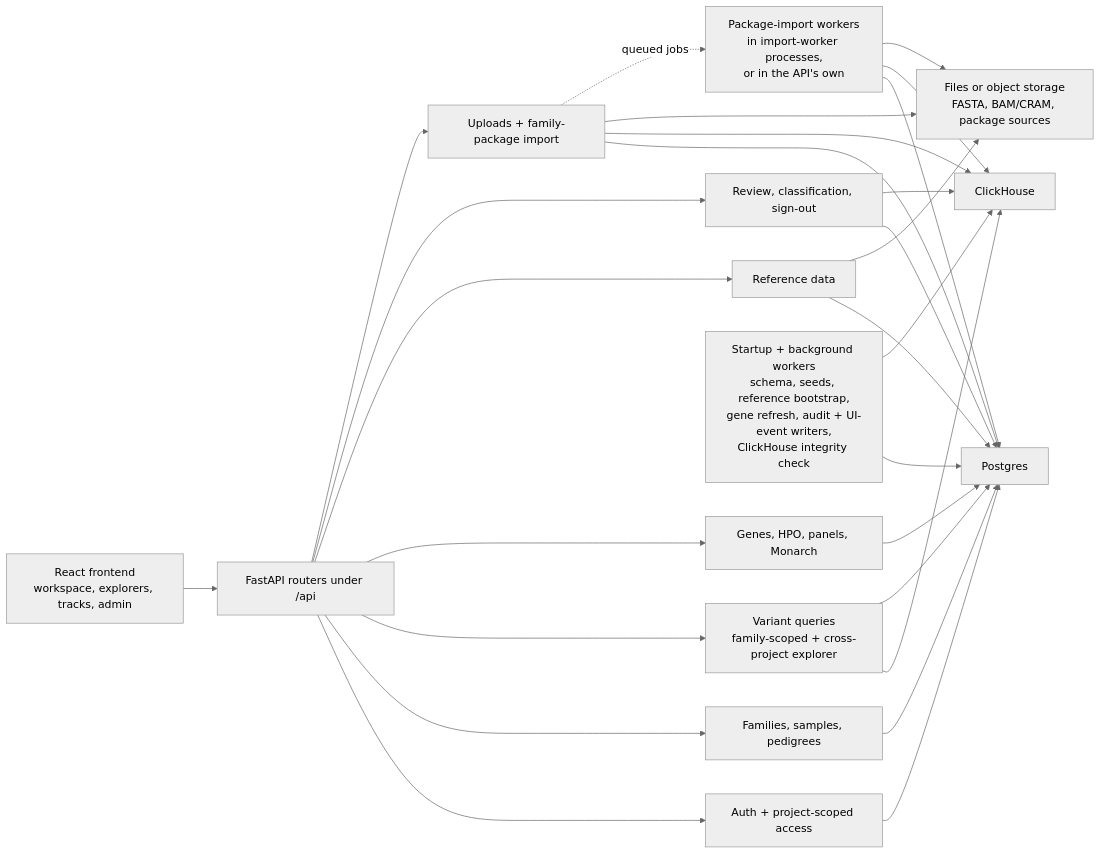
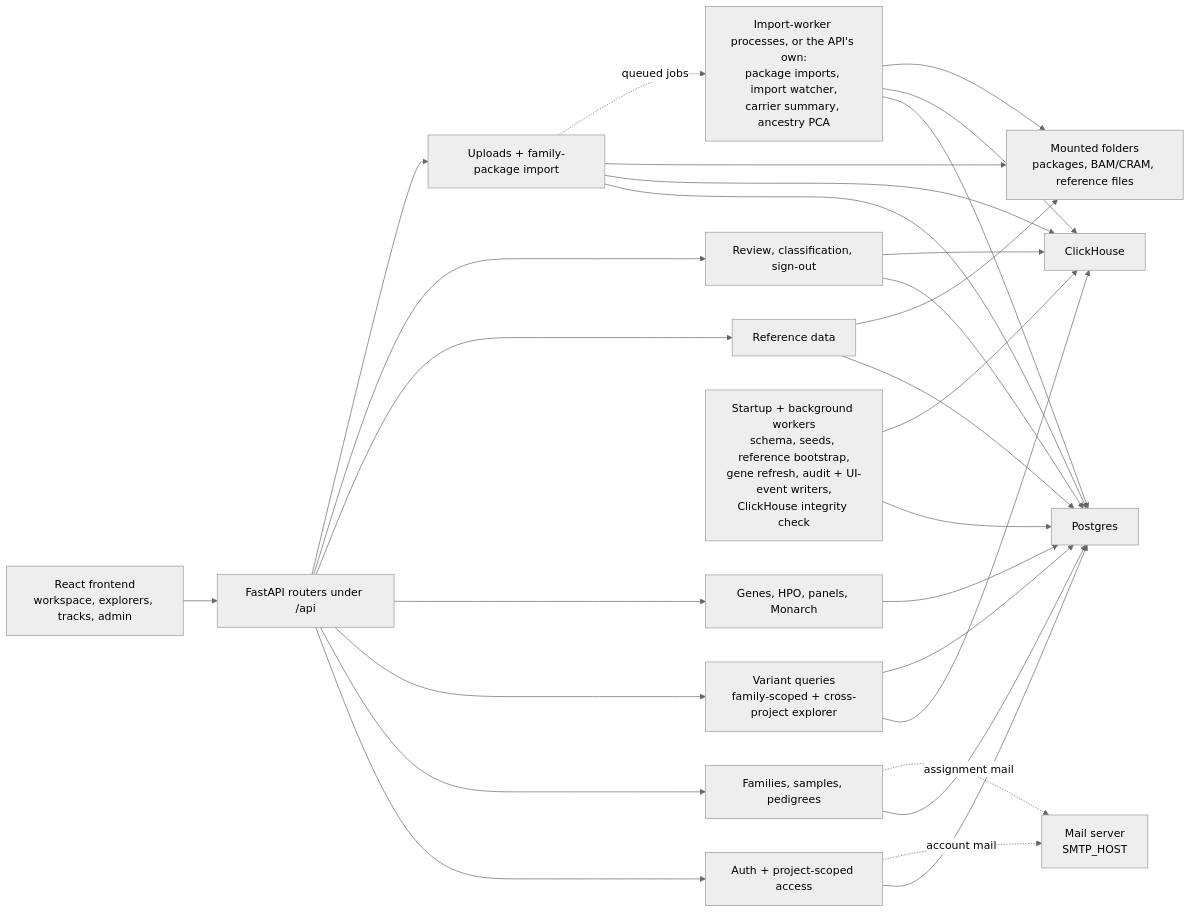
The diagram in docs/application-scheme.md (bmenten/CoGA), drawn with Mermaid (neutral theme) before and after one commit. The commit also changed other lines of this file and 97 other files, not shown here.

First line of the commit message:
docs: bring the docs, the technical file and the handleiding in line with main; refresh open issues and the roadmap (#1310)

````diff
--- a/docs/application-scheme.md
+++ b/docs/application-scheme.md
@@ -7,34 +7,36 @@
 ```mermaid
 flowchart LR
     UI["React frontend<br/>workspace, explorers, tracks, admin"] --> API["FastAPI routers under /api"]
 
     API --> AUTH["Auth + project-scoped access"]
     API --> META["Families, samples, pedigrees"]
     API --> VAR["Variant queries<br/>family-scoped + cross-project explorer"]
     API --> GENE["Genes, HPO, panels, Monarch"]
     API --> REF["Reference data"]
     API --> REVIEW["Review, classification, sign-out"]
     API --> IMPORT["Uploads + family-package import"]
 
     AUTH --> PG["Postgres"]
     META --> PG
     GENE --> PG
     REF --> PG
     REVIEW --> PG
     REVIEW --> CH["ClickHouse"]
     VAR --> CH
     VAR --> PG
     IMPORT --> PG
     IMPORT --> CH
 
-    IMPORT --> FS["Files or object storage<br/>FASTA, BAM/CRAM, package sources"]
+    IMPORT --> FS["Mounted folders<br/>packages, BAM/CRAM, reference files"]
     REF --> FS
+    AUTH -. "account mail" .-> MAIL["Mail server<br/>SMTP_HOST"]
+    META -. "assignment mail" .-> MAIL
 
     JOBS["Startup + background workers<br/>schema, seeds, reference bootstrap,<br/>gene refresh, audit + UI-event writers,<br/>ClickHouse integrity check"] --> PG
     JOBS --> CH
 
-    IMPORT -. "queued jobs" .-> WORKERS["Package-import workers<br/>in import-worker processes,<br/>or in the API's own"]
+    IMPORT -. "queued jobs" .-> WORKERS["Import-worker processes, or the API's own:<br/>package imports, import watcher,<br/>carrier summary, ancestry PCA"]
     WORKERS --> PG
     WORKERS --> CH
     WORKERS --> FS
 ```
````
